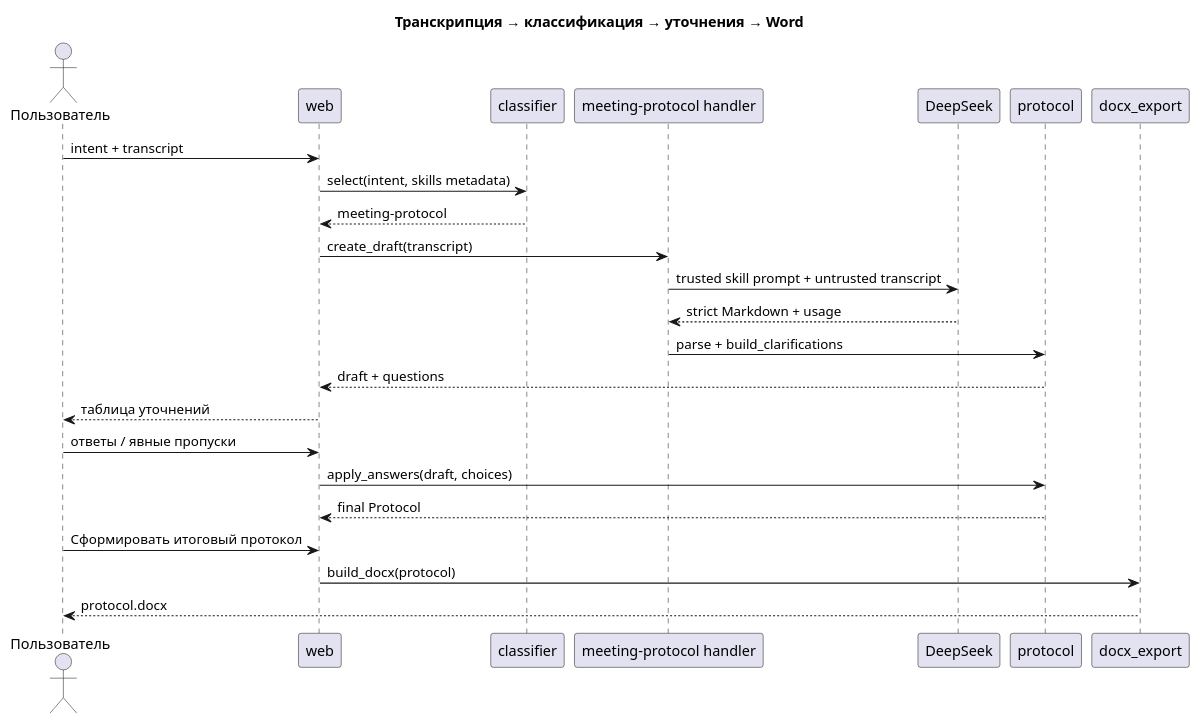
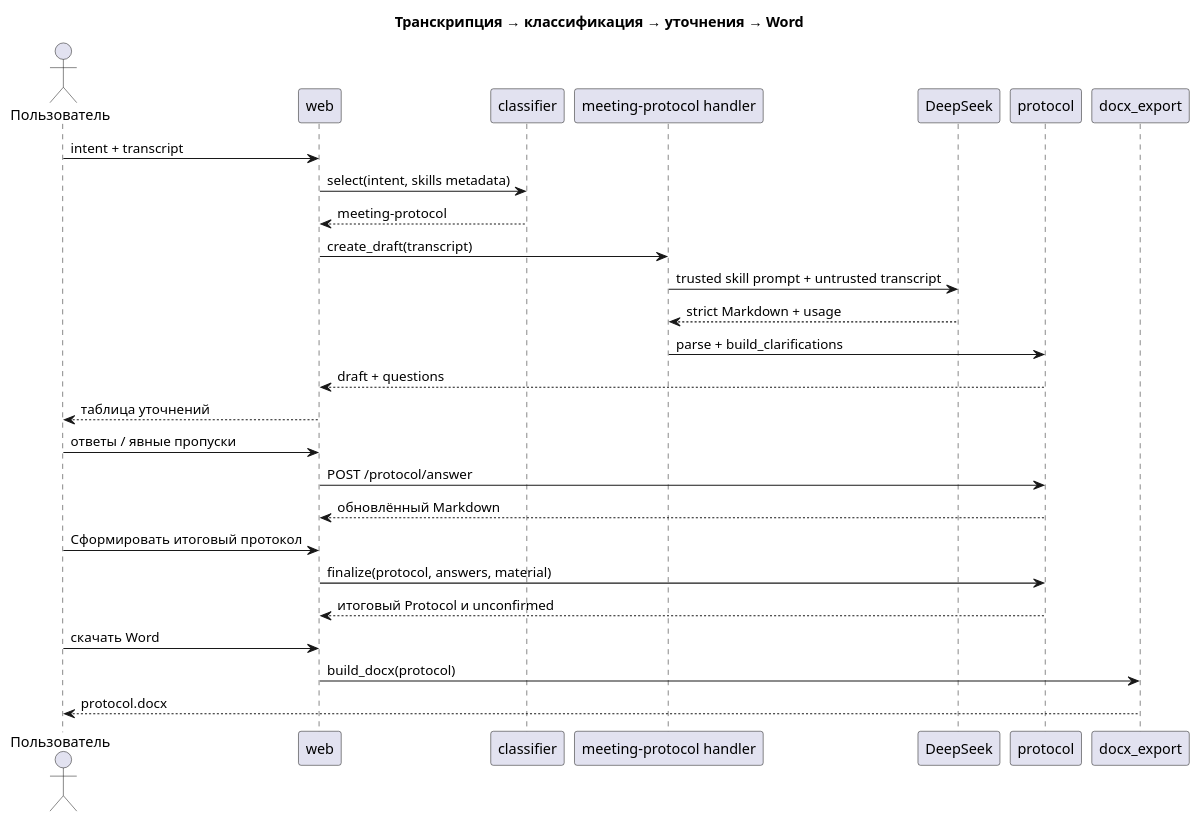
Before and after one commit to GlebKostousov/skillhub: the third of 6 diagrams in docs/architecture/skillhub.md, drawn with PlantUML. The commit also changed other lines of this file and 9 other files, not shown here.

````diff
--- a/docs/architecture/skillhub.md
+++ b/docs/architecture/skillhub.md
@@ -207,27 +208,30 @@
 ```puml
 @startuml
 title Транскрипция → классификация → уточнения → Word
 actor Пользователь as U
 participant web
 participant classifier
 participant "meeting-protocol handler" as H
 participant DeepSeek as L
 participant protocol as P
 participant docx_export as D
 U -> web : intent + transcript
 web -> classifier : select(intent, skills metadata)
 classifier --> web : meeting-protocol
 web -> H : create_draft(transcript)
 H -> L : trusted skill prompt + untrusted transcript
 L --> H : strict Markdown + usage
 H -> P : parse + build_clarifications
 P --> web : draft + questions
 web --> U : таблица уточнений
 U -> web : ответы / явные пропуски
-web -> P : apply_answers(draft, choices)
-P --> web : final Protocol
+web -> P : POST /protocol/answer
+P --> web : обновлённый Markdown
 U -> web : Сформировать итоговый протокол
+web -> P : finalize(protocol, answers, material)
+P --> web : итоговый Protocol и unconfirmed
+U -> web : скачать Word
 web -> D : build_docx(protocol)
 D --> U : protocol.docx
 @enduml
 ```
````
